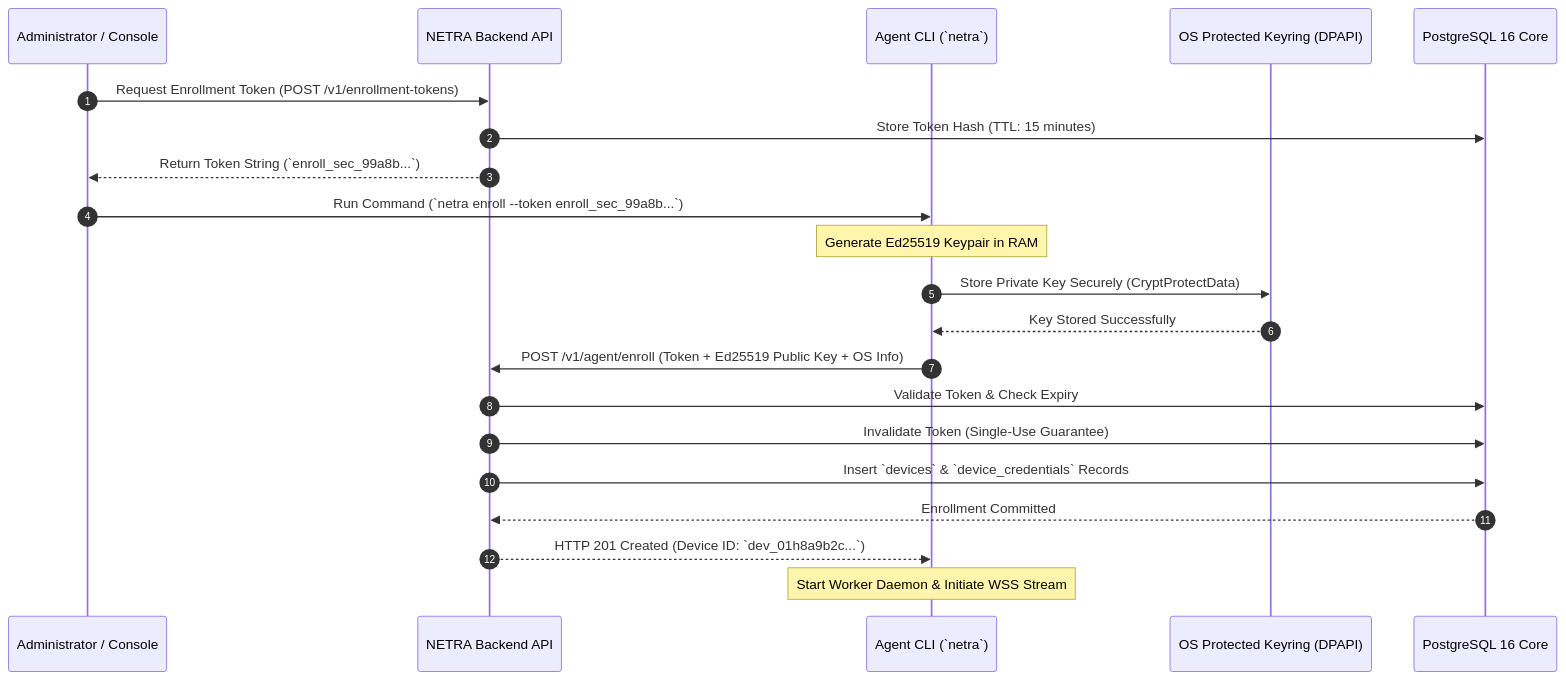
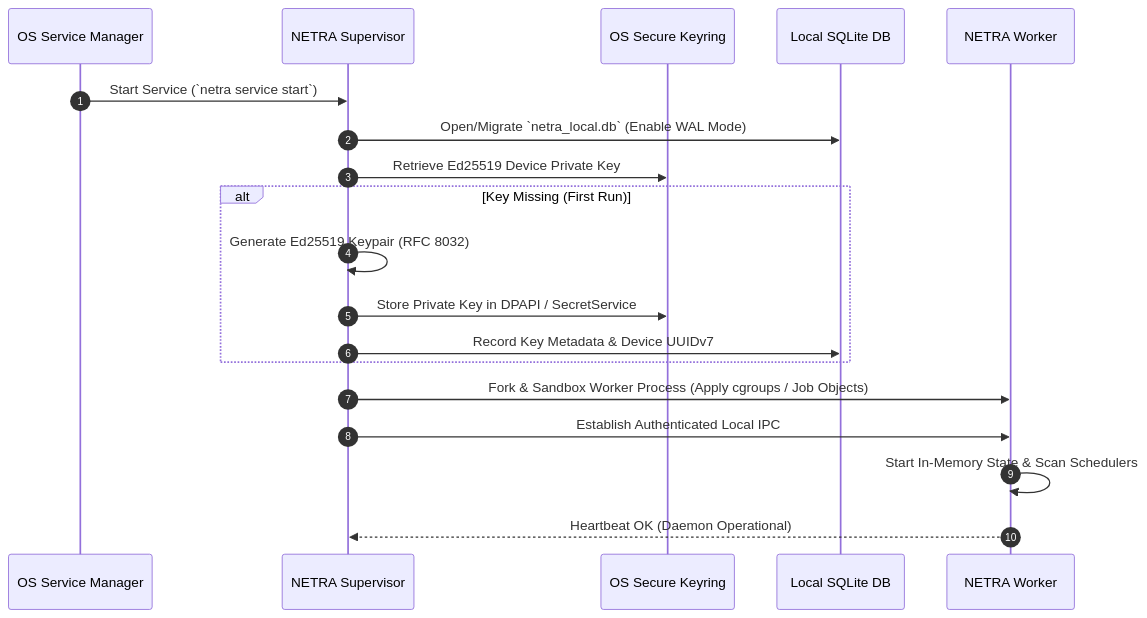
The second of 13 diagrams in docs/SYSTEM_DESIGN.md (Subhadip-Paul2006/NETRA-Backend), drawn with Mermaid before and after one commit. The commit also changed other lines of this file and 15 other files, not shown here.

Commit message:
docs: establish authoritative open-source academic architecture & technical specification suite

````diff
--- a/docs/SYSTEM_DESIGN.md
+++ b/docs/SYSTEM_DESIGN.md
@@ -68,26 +74,22 @@
 ```mermaid
 sequenceDiagram
     autonumber
-    participant Admin as Administrator / Console
-    participant Backend as NETRA Backend API
-    participant Agent as Agent CLI (`netra`)
-    participant Keyring as OS Protected Keyring (DPAPI)
-    participant DB as PostgreSQL 16 Core
+    participant OS as OS Service Manager
+    participant Sup as NETRA Supervisor
+    participant Keyring as OS Secure Keyring
+    participant DB as Local SQLite DB
+    participant Worker as NETRA Worker
 
-    Admin->>Backend: Request Enrollment Token (POST /v1/enrollment-tokens)
-    Backend->>DB: Store Token Hash (TTL: 15 minutes)
-    Backend-->>Admin: Return Token String (`enroll_sec_99a8b...`)
-
-    Admin->>Agent: Run Command (`netra enroll --token enroll_sec_99a8b...`)
-    Note over Agent: Generate Ed25519 Keypair in RAM
-    Agent->>Keyring: Store Private Key Securely (CryptProtectData)
-    Keyring-->>Agent: Key Stored Successfully
-
-    Agent->>Backend: POST /v1/agent/enroll (Token + Ed25519 Public Key + OS Info)
-    Backend->>DB: Validate Token & Check Expiry
-    Backend->>DB: Invalidate Token (Single-Use Guarantee)
-    Backend->>DB: Insert `devices` & `device_credentials` Records
-    DB-->>Backend: Enrollment Committed
-    Backend-->>Agent: HTTP 201 Created (Device ID: `dev_01h8a9b2c...`)
-    Note over Agent: Start Worker Daemon & Initiate WSS Stream
+    OS->>Sup: Start Service (`netra service start`)
+    Sup->>DB: Open/Migrate `netra_local.db` (Enable WAL Mode)
+    Sup->>Keyring: Retrieve Ed25519 Device Private Key
+    alt Key Missing (First Run)
+        Sup->>Sup: Generate Ed25519 Keypair (RFC 8032)
+        Sup->>Keyring: Store Private Key in DPAPI / SecretService
+        Sup->>DB: Record Key Metadata & Device UUIDv7
+    end
+    Sup->>Worker: Fork & Sandbox Worker Process (Apply cgroups / Job Objects)
+    Sup->>Worker: Establish Authenticated Local IPC
+    Worker->>Worker: Start In-Memory State & Scan Schedulers
+    Worker-->>Sup: Heartbeat OK (Daemon Operational)
 ```
````
